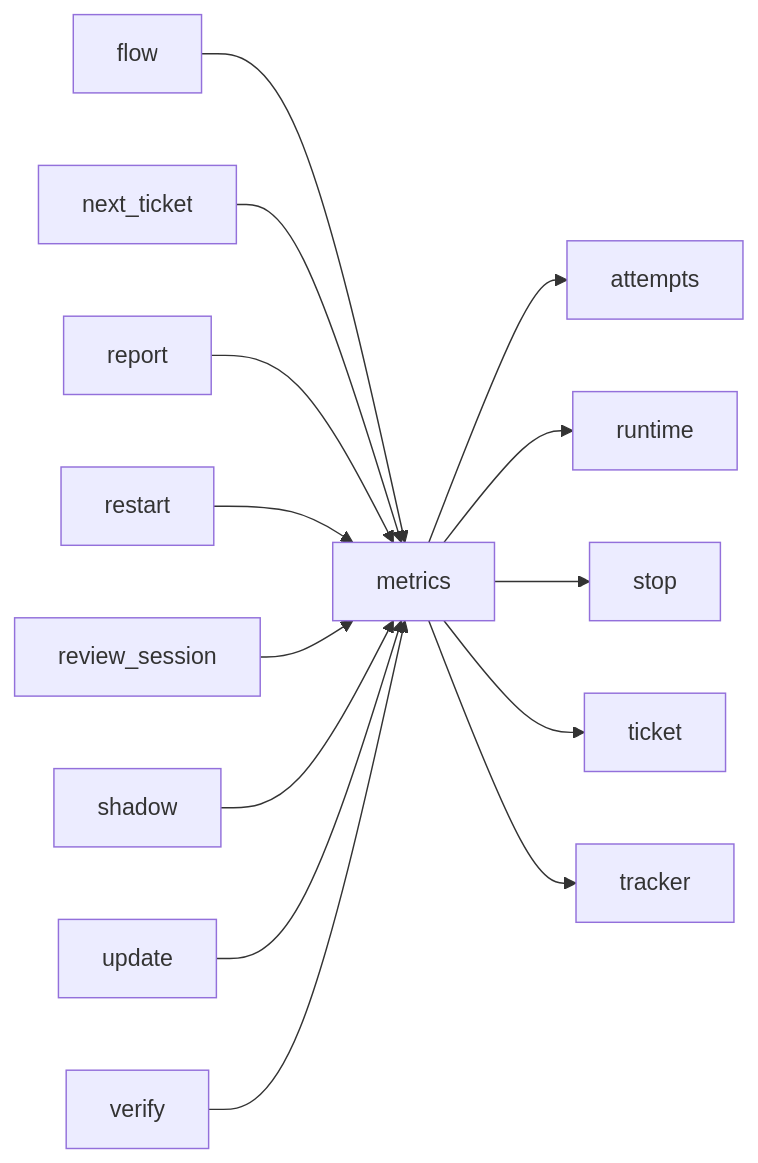
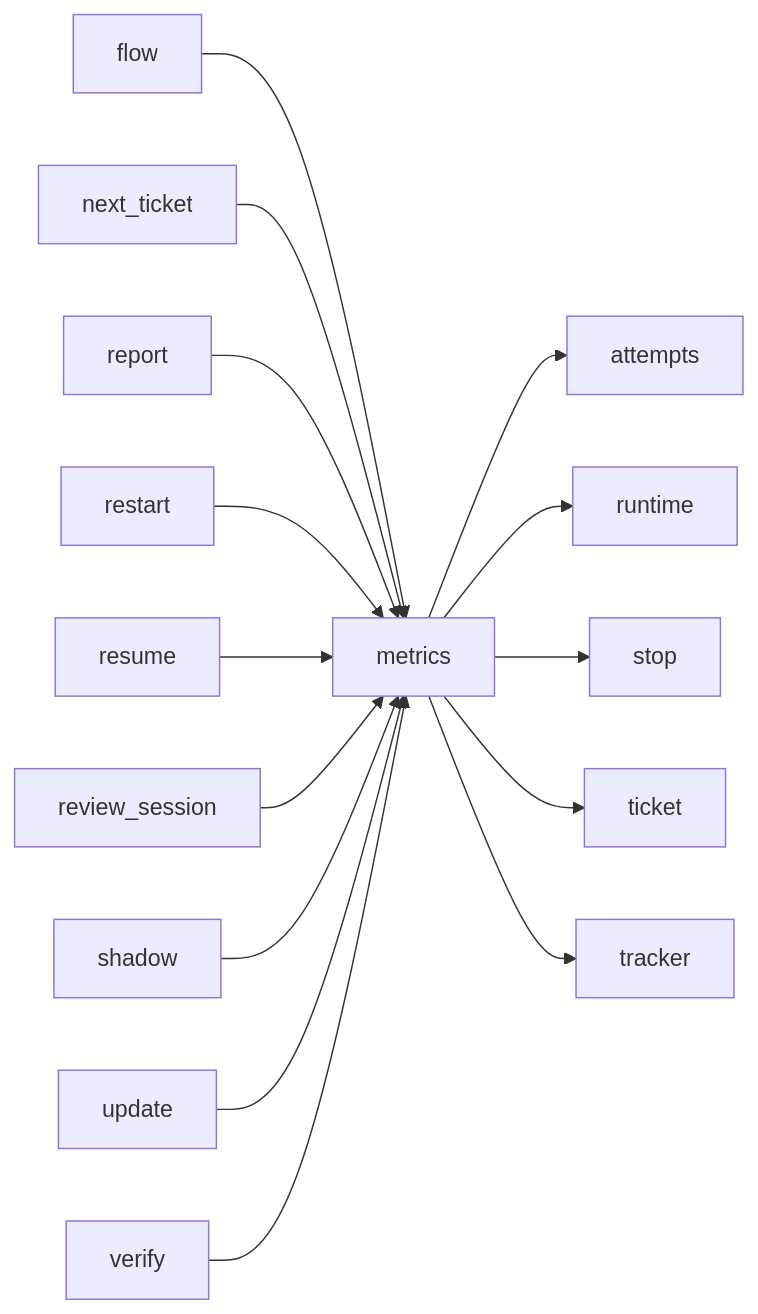
The third of 3 diagrams in docs/architecture/modules/metrics.md (plaplanche/ariane), drawn with Mermaid before and after one commit. The commit also changed other lines of this file and 43 other files, not shown here.

````diff
--- a/docs/architecture/modules/metrics.md
+++ b/docs/architecture/modules/metrics.md
@@ -76,16 +76,17 @@
 ```mermaid
 flowchart LR
   flow --> metrics
   metrics --> attempts
   metrics --> runtime
   metrics --> stop
   metrics --> ticket
   metrics --> tracker
   next_ticket --> metrics
   report --> metrics
   restart --> metrics
+  resume --> metrics
   review_session --> metrics
   shadow --> metrics
   update --> metrics
   verify --> metrics
 ```
````
